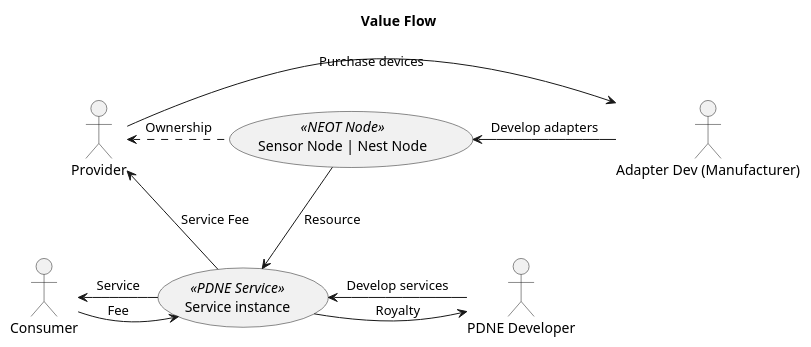
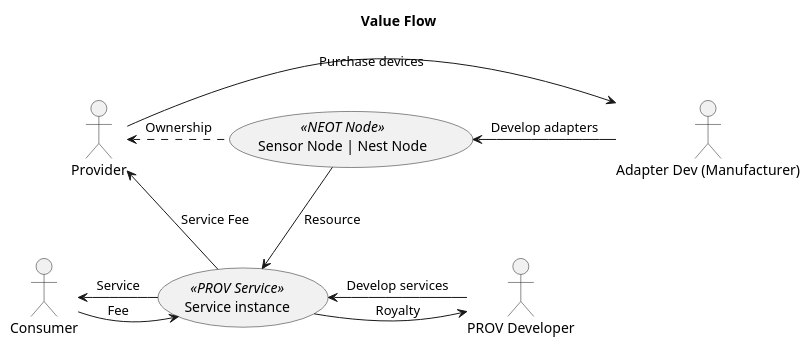
The diagram in PlantUML/Roles.wsd (NEOCompToronto/NEOCompetition), drawn with PlantUML before and after one commit. The commit also changed 2 other files, not shown here.

```diff
--- a/PlantUML/Roles.wsd
+++ b/PlantUML/Roles.wsd
@@ -1,26 +1,26 @@
 @startuml
 
 title Value Flow
 top to bottom direction
 actor TermOwner as "Provider"
 actor AdaDev as "Adapter Dev (Manufacturer)"
-actor SerDev as "PDNE Developer"
+actor SerDev as "PROV Developer"
 actor User as "Consumer"
 
 usecase NEOT as "Sensor Node | Nest Node" <<NEOT Node>>
-usecase Service as "Service instance" << PDNE Service>>
+usecase Service as "Service instance" << PROV Service>>
 
 
 AdaDev -left-> NEOT: Develop adapters
 TermOwner -> AdaDev: Purchase devices
 SerDev -> Service: Develop services
 
 Service -right-> SerDev: Royalty
 NEOT -> Service: Resource
 NEOT -left..> TermOwner: Ownership
 Service -up-> TermOwner: Service Fee
 Service -left-> User: Service
 User -> Service: Fee
 
 
 @enduml
```
